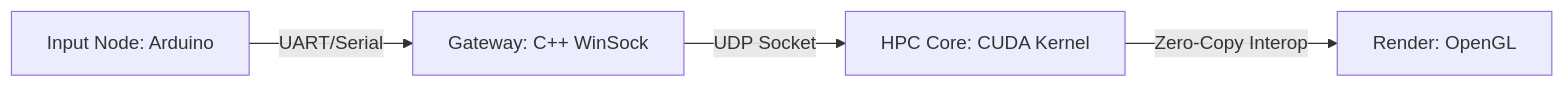
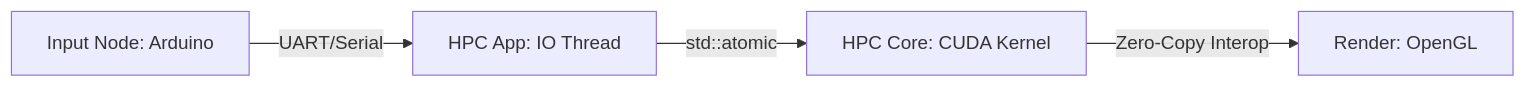
Before and after one commit to Hyeonjoon-Nam/Cuda-Study-Journey: the diagram in README.md, drawn with Mermaid. The commit also changed other lines of this file and 9 other files, not shown here.

````diff
--- a/README.md
+++ b/README.md
@@ -32,6 +32,6 @@
 ```mermaid
 graph LR
-    A[Input Node: Arduino] -- UART/Serial --> B[Gateway: C++ WinSock]
-    B -- UDP Socket --> C[HPC Core: CUDA Kernel]
+    A[Input Node: Arduino] -- UART/Serial --> B[HPC App: IO Thread]
+    B -- std::atomic --> C[HPC Core: CUDA Kernel]
     C -- Zero-Copy Interop --> D[Render: OpenGL]
 ```
````
